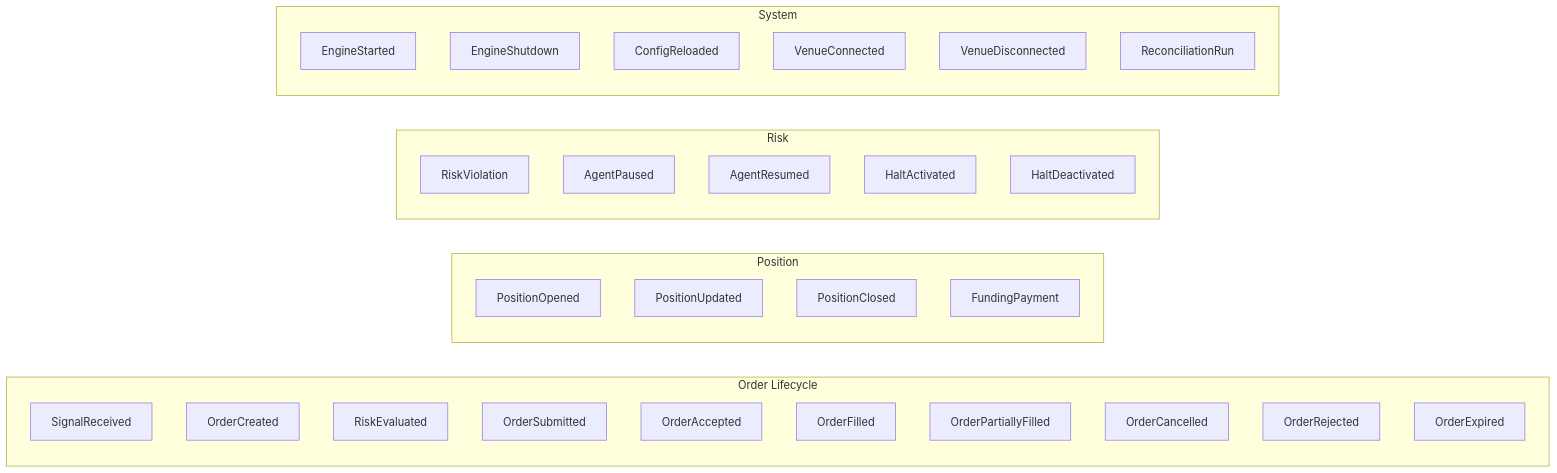
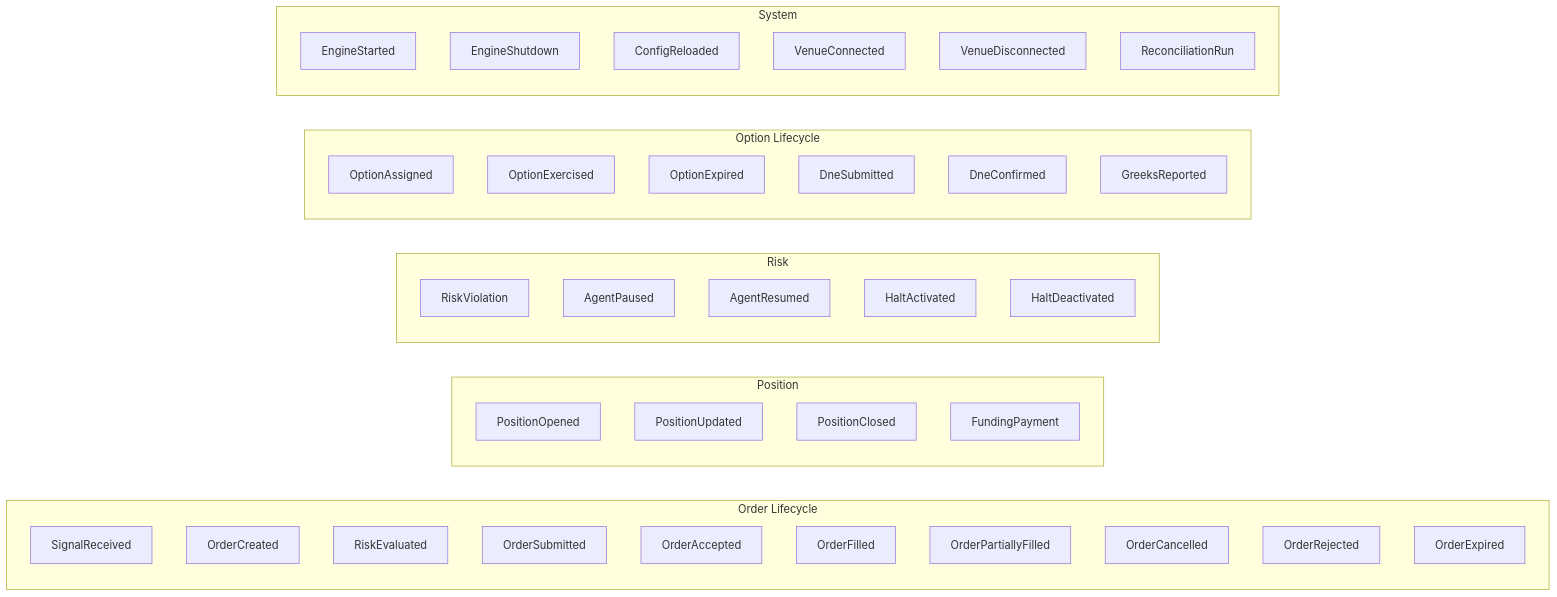
Before and after one commit to investlink-ai/feynman-engine: the fourth of 4 diagrams in docs/DATA_MODEL.md, drawn with Mermaid. The commit also changed other lines of this file and 4 other files, not shown here.

Commit message:
docs: document option structure support architecture

````diff
--- a/docs/DATA_MODEL.md
+++ b/docs/DATA_MODEL.md
@@ -806,39 +938,48 @@
 ```mermaid
 graph LR
     subgraph OrderEvents["Order Lifecycle"]
         E1[SignalReceived]
         E2[OrderCreated]
         E3[RiskEvaluated]
         E4[OrderSubmitted]
         E5[OrderAccepted]
         E6[OrderFilled]
         E7[OrderPartiallyFilled]
         E8[OrderCancelled]
         E9[OrderRejected]
         E10[OrderExpired]
     end
 
     subgraph PositionEvents["Position"]
         E11[PositionOpened]
         E12[PositionUpdated]
         E13[PositionClosed]
         E14[FundingPayment]
     end
 
     subgraph RiskEvents["Risk"]
         E15[RiskViolation]
         E16[AgentPaused]
         E17[AgentResumed]
         E18[HaltActivated]
         E19[HaltDeactivated]
     end
 
+    subgraph OptionEvents["Option Lifecycle"]
+        E26[OptionAssigned]
+        E27[OptionExercised]
+        E28[OptionExpired]
+        E29[DneSubmitted]
+        E30[DneConfirmed]
+        E31[GreeksReported]
+    end
+
     subgraph SystemEvents["System"]
         E20[EngineStarted]
         E21[EngineShutdown]
         E22[ConfigReloaded]
         E23[VenueConnected]
         E24[VenueDisconnected]
         E25[ReconciliationRun]
     end
 ```
````
